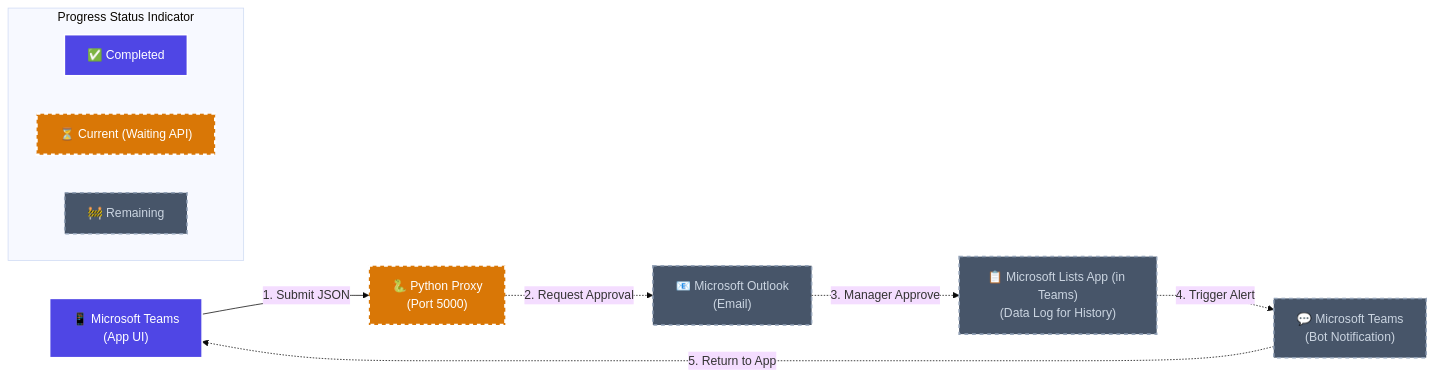
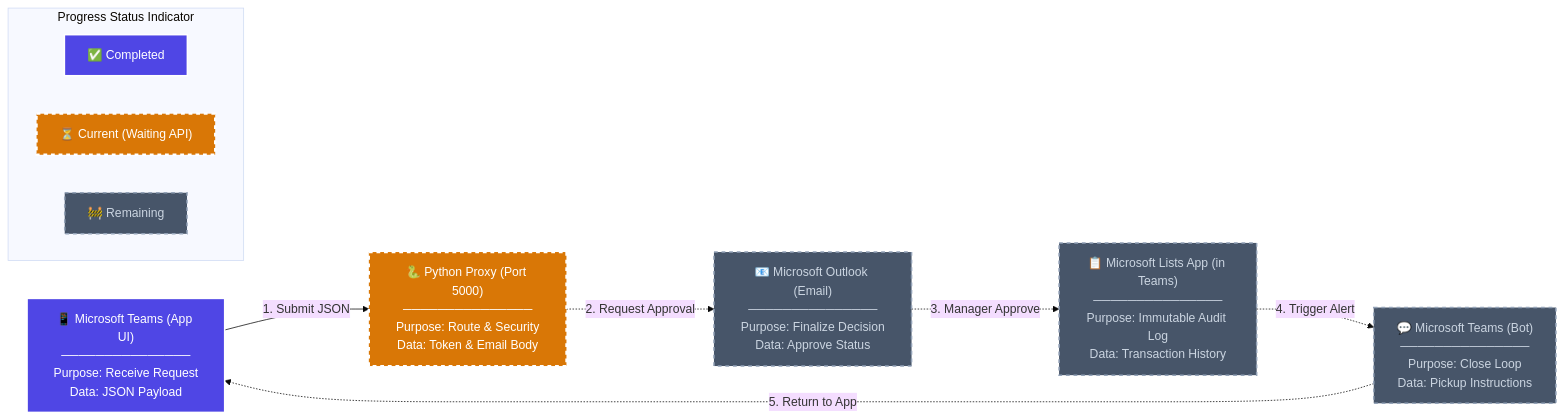
Before and after one commit to EffienctToolmanager/Tool-rental-deploy: the diagram in _company/_shared/Reports/Tool_Rental_Architecture_Report.md, drawn with Mermaid (base theme).

Commit message:
docs: Embed Purpose and Data directly inside Mermaid flowchart nodes

````diff
--- a/_company/_shared/Reports/Tool_Rental_Architecture_Report.md
+++ b/_company/_shared/Reports/Tool_Rental_Architecture_Report.md
@@ -30,29 +30,29 @@
 ```mermaid
 graph LR
     %% Legend
     subgraph Legend ["Progress Status Indicator"]
         direction LR
         L1["✅ Completed"]:::completed
         L2["⏳ Current (Waiting API)"]:::current
         L3["🚧 Remaining"]:::remaining
     end
 
-    %% Nodes (Program Icons)
-    T1["📱 Microsoft Teams\n(App UI)"]:::completed
-    P["🐍 Python Proxy\n(Port 5000)"]:::current
-    O["📧 Microsoft Outlook\n(Email)"]:::remaining
-    S["📋 Microsoft Lists App (in Teams)\n(Data Log for History)"]:::remaining
-    T2["💬 Microsoft Teams\n(Bot Notification)"]:::remaining
+    %% Nodes (Program Icons with Embedded Purpose & Data)
+    T1["📱 Microsoft Teams (App UI)\n───────────────\nPurpose: Receive Request\nData: JSON Payload"]:::completed
+    P["🐍 Python Proxy (Port 5000)\n───────────────\nPurpose: Route & Security\nData: Token & Email Body"]:::current
+    O["📧 Microsoft Outlook (Email)\n───────────────\nPurpose: Finalize Decision\nData: Approve Status"]:::remaining
+    S["📋 Microsoft Lists App (in Teams)\n───────────────\nPurpose: Immutable Audit Log\nData: Transaction History"]:::remaining
+    T2["💬 Microsoft Teams (Bot)\n───────────────\nPurpose: Close Loop\nData: Pickup Instructions"]:::remaining
 
     %% Logical Flow (Trigger & Action)
     T1 -->|1. Submit JSON| P
     P -.->|2. Request Approval| O
     O -.->|3. Manager Approve| S
     S -.->|4. Trigger Alert| T2
     T2 -.->|5. Return to App| T1
 
     %% Styling Classes
     classDef completed fill:#4F46E5,stroke:#fff,stroke-width:2px,color:#fff
     classDef current fill:#D97706,stroke:#fff,stroke-width:3px,color:#fff,stroke-dasharray: 5 5
     classDef remaining fill:#475569,stroke:#94A3B8,stroke-width:2px,color:#CBD5E1,stroke-dasharray: 5 5
 ```
````
